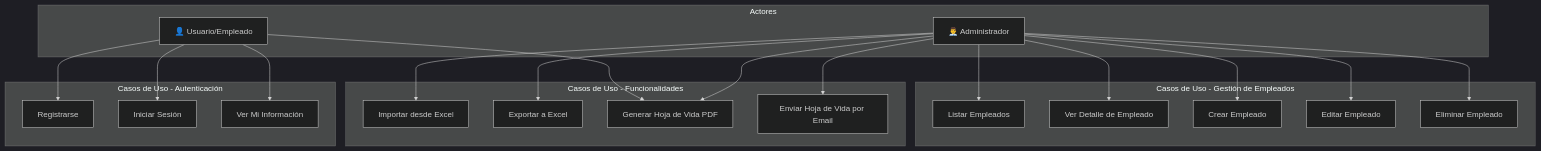
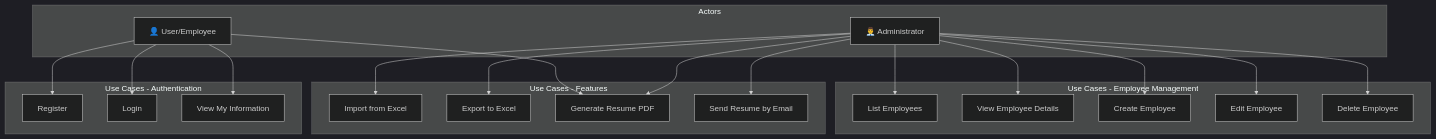
The second of 4 diagrams in README.md (JuanDavidBarr/TalentoPlus), drawn with Mermaid (dark theme) before and after one commit. The commit also changed other lines of this file, not shown here.

````diff
--- a/README.md
+++ b/README.md
@@ -55,43 +53,43 @@
 ```mermaid
 flowchart TB
-    subgraph Actores
-        U[👤 Usuario/Empleado]
-        A[👨‍💼 Administrador]
+    subgraph Actors
+        U[👤 User/Employee]
+        A[👨‍💼 Administrator]
     end
     
-    subgraph "Casos de Uso - Autenticación"
-        CU1[Registrarse]
-        CU2[Iniciar Sesión]
-        CU3[Ver Mi Información]
+    subgraph "Use Cases - Authentication"
+        CU1[Register]
+        CU2[Login]
+        CU3[View My Information]
     end
     
-    subgraph "Casos de Uso - Gestión de Empleados"
-        CU4[Listar Empleados]
-        CU5[Ver Detalle de Empleado]
-        CU6[Crear Empleado]
-        CU7[Editar Empleado]
-        CU8[Eliminar Empleado]
+    subgraph "Use Cases - Employee Management"
+        CU4[List Employees]
+        CU5[View Employee Details]
+        CU6[Create Employee]
+        CU7[Edit Employee]
+        CU8[Delete Employee]
     end
     
-    subgraph "Casos de Uso - Funcionalidades"
-        CU9[Importar desde Excel]
-        CU10[Exportar a Excel]
-        CU11[Generar Hoja de Vida PDF]
-        CU12[Enviar Hoja de Vida por Email]
+    subgraph "Use Cases - Features"
+        CU9[Import from Excel]
+        CU10[Export to Excel]
+        CU11[Generate Resume PDF]
+        CU12[Send Resume by Email]
     end
     
     U --> CU1
     U --> CU2
     U --> CU3
     U --> CU11
     
     A --> CU4
     A --> CU5
     A --> CU6
     A --> CU7
     A --> CU8
     A --> CU9
     A --> CU10
     A --> CU11
     A --> CU12
 ```
````
